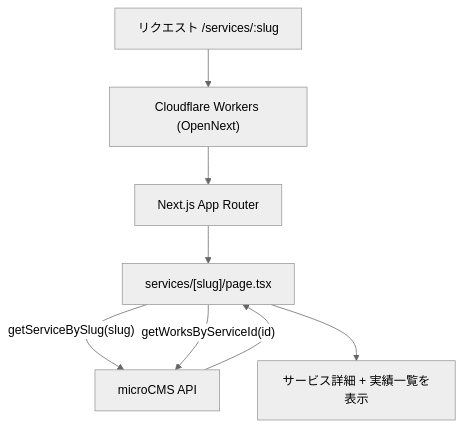
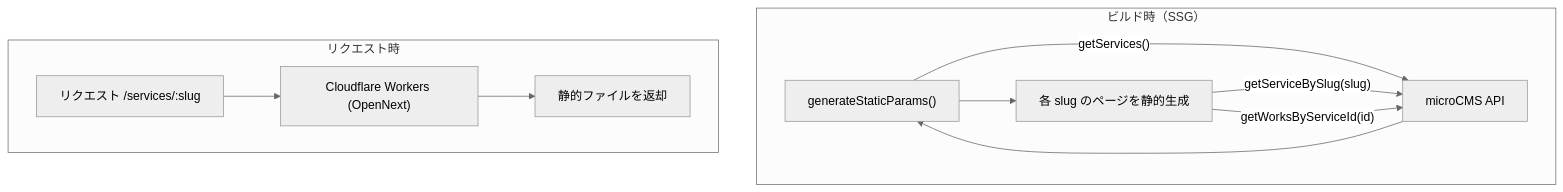
The fourth of 5 diagrams in docs/architecture.md (Nudel-LLC/website), drawn with Mermaid (neutral theme) before and after one commit. The commit also changed other lines of this file, not shown here.

Commit message:
docs: architecture.md のコンポーネント構成とデータフロー図を実装に合わせて修正
- コンポーネント表: sections/ の例を ContactForm → ContactFormCard に修正し
  MemberSection / FadeInView を追記
- トップページのデータフロー図: MemberSection を追加、ContactFormCard を
  CompanySection の内部として正しく表現（独立したセクションではない）
- サービス詳細ページの説明と図: generateStaticParams による SSG（静的生成）
  であることを明記し、ビルド時/リクエスト時の処理を分けた図に更新

https://claude.ai/code/session_011e9RAZc21UJX4RS8Q6H57B

````diff
--- a/docs/architecture.md
+++ b/docs/architecture.md
@@ -116,10 +118,14 @@
 ```mermaid
 graph TD
-    A["リクエスト /services/:slug"] --> B["Cloudflare Workers (OpenNext)"]
-    B --> C["Next.js App Router"]
-    C --> D["services/[slug]/page.tsx"]
-    D -->|"getServiceBySlug(slug)"| MC["microCMS API"]
-    D -->|"getWorksByServiceId(id)"| MC
-    MC --> D
-    D --> E["サービス詳細 + 実績一覧を表示"]
+    subgraph Build["ビルド時（SSG）"]
+        BP["generateStaticParams()"] -->|"getServices()"| MC["microCMS API"]
+        MC --> BP
+        BP --> BG["各 slug のページを静的生成"]
+        BG -->|"getServiceBySlug(slug)"| MC
+        BG -->|"getWorksByServiceId(id)"| MC
+    end
+    subgraph Runtime["リクエスト時"]
+        A["リクエスト /services/:slug"] --> B["Cloudflare Workers (OpenNext)"]
+        B --> E["静的ファイルを返却"]
+    end
 ```
````
